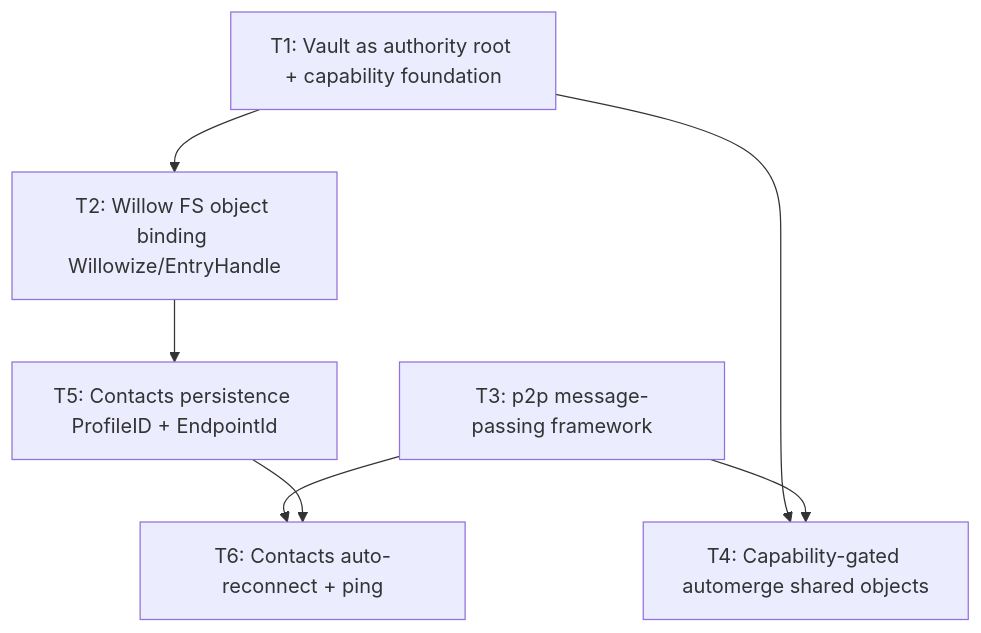
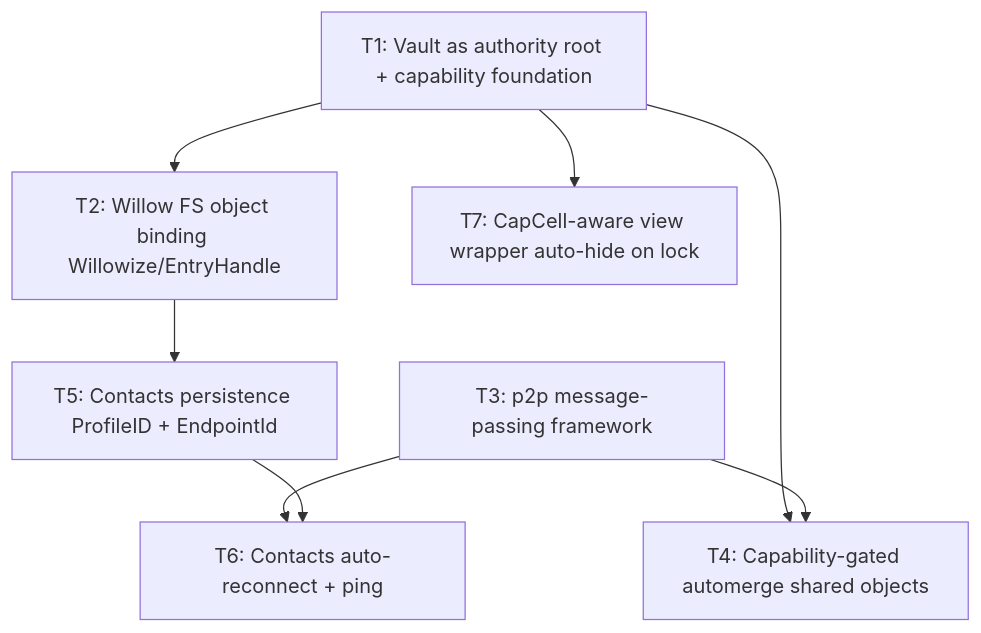
One commit to nicholastmosher/galvanized changed the diagram in docs/ai/tickets/INDEX.md. Above: the diagram before and after it, drawn with Mermaid. The commit also changed other lines of this file and 2 other files, not shown here.

````diff
--- a/docs/ai/tickets/INDEX.md
+++ b/docs/ai/tickets/INDEX.md
@@ -13,16 +13,18 @@
 ```mermaid
 graph TD
     T1[T1: Vault as authority root + capability foundation]
     T2[T2: Willow FS object binding Willowize/EntryHandle]
     T3[T3: p2p message-passing framework]
     T4[T4: Capability-gated automerge shared objects]
     T5[T5: Contacts persistence ProfileID + EndpointId]
     T6[T6: Contacts auto-reconnect + ping]
+    T7[T7: CapCell-aware view wrapper auto-hide on lock]
 
     T1 --> T2
     T1 --> T4
+    T1 --> T7
     T2 --> T5
     T3 --> T4
     T3 --> T6
     T5 --> T6
 ```
````
